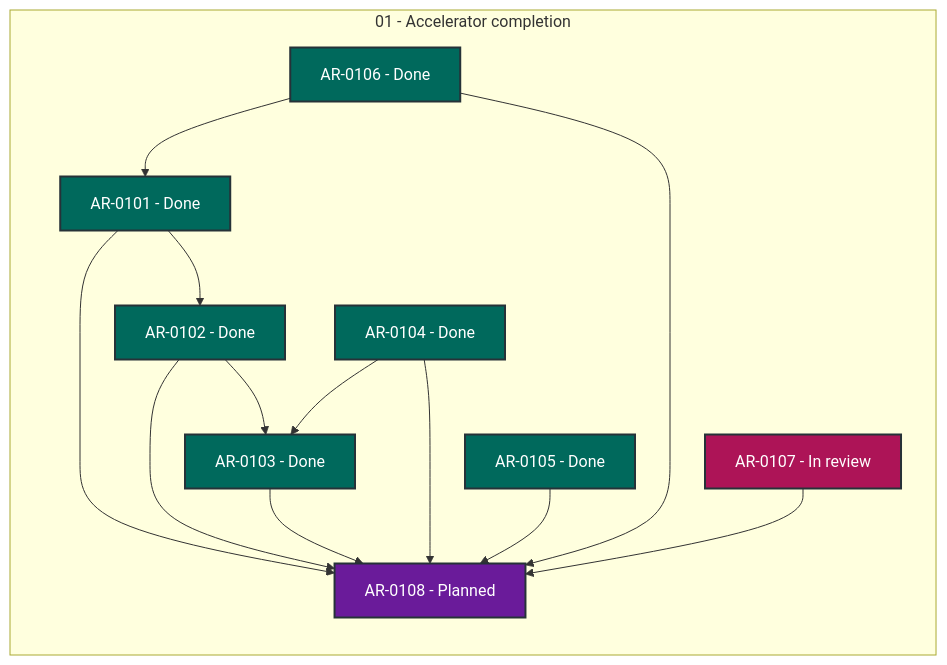
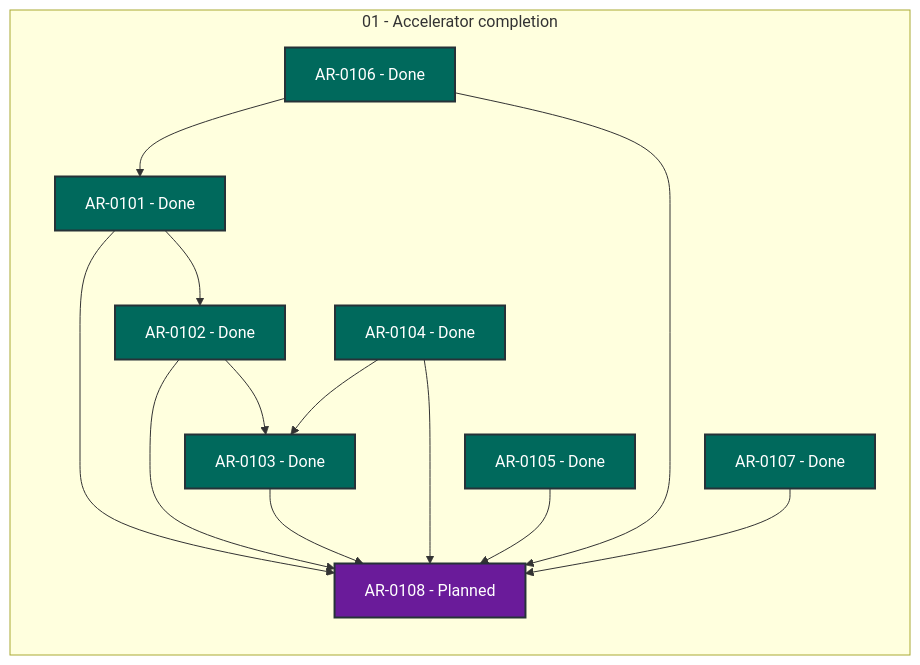
The diagram in coordination/STATUS.md (locutus3009/exgame), drawn with Mermaid before and after one commit. The commit also changed other lines of this file and 2 other files, not shown here.

Commit message:
chore(state): review AR-0107

````diff
--- a/coordination/STATUS.md
+++ b/coordination/STATUS.md
@@ -28,34 +28,34 @@
 ```mermaid
 flowchart LR
     subgraph series_01["01 - Accelerator completion"]
         direction TB
         AR_0101["AR-0101 - Done"]:::status_done
         AR_0102["AR-0102 - Done"]:::status_done
         AR_0103["AR-0103 - Done"]:::status_done
         AR_0104["AR-0104 - Done"]:::status_done
         AR_0105["AR-0105 - Done"]:::status_done
         AR_0106["AR-0106 - Done"]:::status_done
-        AR_0107["AR-0107 - In review"]:::status_in_review
+        AR_0107["AR-0107 - Done"]:::status_done
         AR_0108["AR-0108 - Planned"]:::status_planned
     end
     AR_0101 --> AR_0102
     AR_0101 --> AR_0108
     AR_0102 --> AR_0103
     AR_0102 --> AR_0108
     AR_0103 --> AR_0108
     AR_0104 --> AR_0103
     AR_0104 --> AR_0108
     AR_0105 --> AR_0108
     AR_0106 --> AR_0101
     AR_0106 --> AR_0108
     AR_0107 --> AR_0108
     classDef status_in_progress fill:#1565c0,color:#ffffff,stroke:#263238,stroke-width:2px
     classDef status_in_review fill:#ad1457,color:#ffffff,stroke:#263238,stroke-width:2px
     classDef status_open fill:#2e7d32,color:#ffffff,stroke:#263238,stroke-width:2px
     classDef status_blocked fill:#c62828,color:#ffffff,stroke:#263238,stroke-width:2px
     classDef status_planned fill:#6a1b9a,color:#ffffff,stroke:#263238,stroke-width:2px
     classDef status_future fill:#455a64,color:#ffffff,stroke:#263238,stroke-width:2px
     classDef status_done fill:#00695c,color:#ffffff,stroke:#263238,stroke-width:2px
     classDef status_cancelled fill:#616161,color:#ffffff,stroke:#263238,stroke-width:2px
     classDef status_superseded fill:#5d4037,color:#ffffff,stroke:#263238,stroke-width:2px
 ```
````
